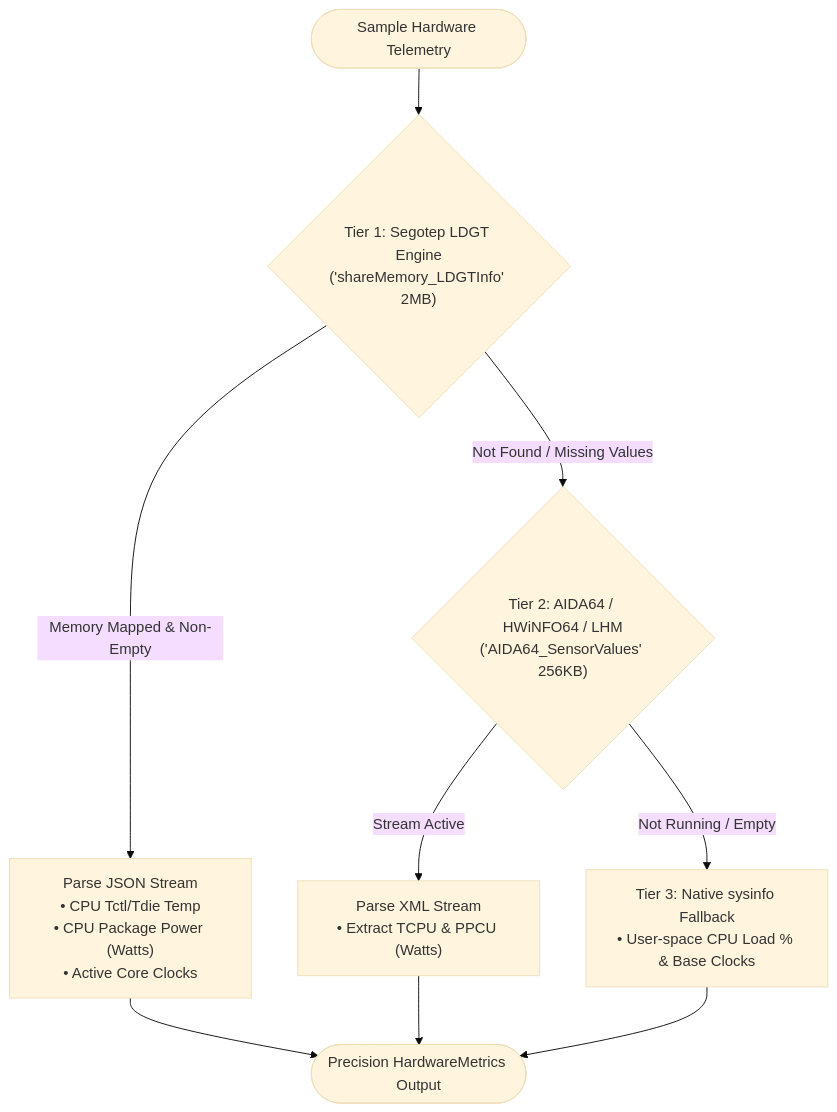
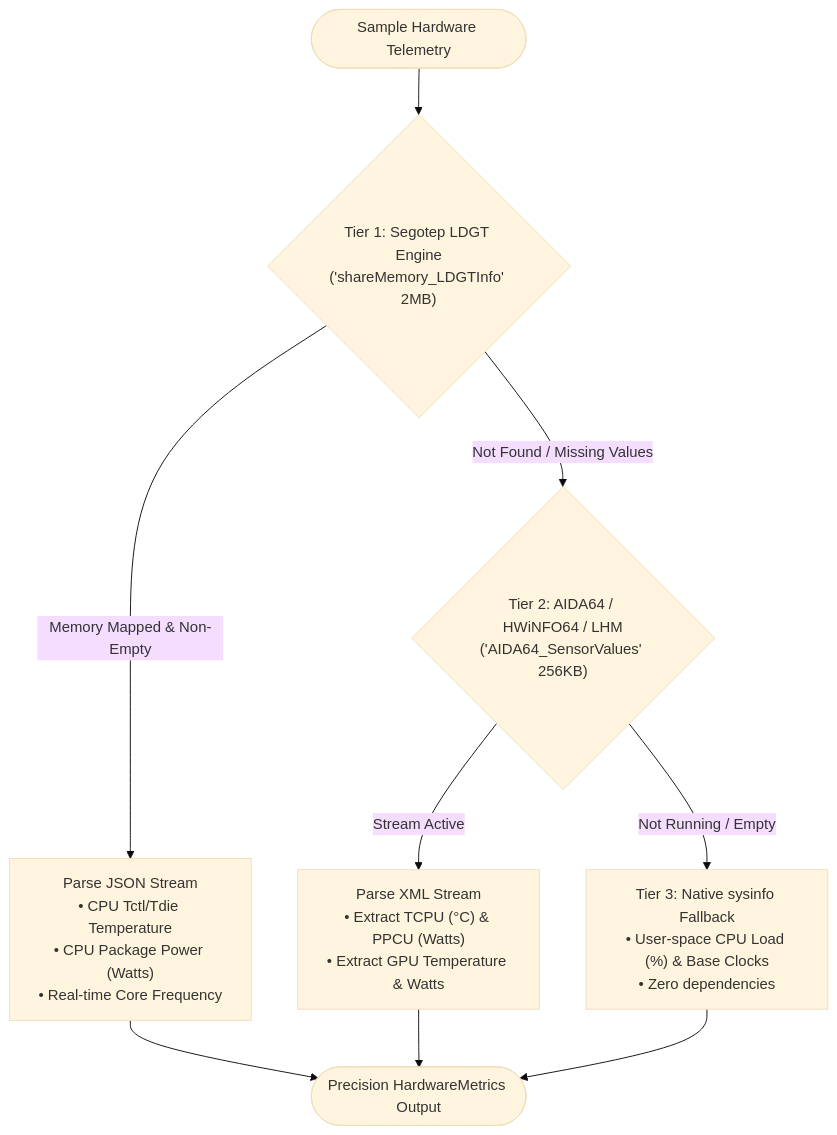
The fifth of 6 diagrams in ARCHITECTURE.md (Delnegend/segotep-digital), drawn with Mermaid (base theme) before and after one commit. The commit also changed other lines of this file, not shown here.

Commit message:
docs: enrich ARCHITECTURE.md diagrams with detailed text descriptions

````diff
--- a/ARCHITECTURE.md
+++ b/ARCHITECTURE.md
@@ -145,15 +167,15 @@
 ```mermaid
 flowchart TD
     SAMPLE(["Sample Hardware Telemetry"]) --> TIER1{"Tier 1: Segotep LDGT Engine<br/>('shareMemory_LDGTInfo' 2MB)"}
 
-    TIER1 -->|Memory Mapped & Non-Empty| PARSE_JSON["Parse JSON Stream<br/>• CPU Tctl/Tdie Temp<br/>• CPU Package Power (Watts)<br/>• Active Core Clocks"]
+    TIER1 -->|Memory Mapped & Non-Empty| PARSE_JSON["Parse JSON Stream<br/>• CPU Tctl/Tdie Temperature<br/>• CPU Package Power (Watts)<br/>• Real-time Core Frequency"]
     TIER1 -->|Not Found / Missing Values| TIER2{"Tier 2: AIDA64 / HWiNFO64 / LHM<br/>('AIDA64_SensorValues' 256KB)"}
 
     PARSE_JSON --> EMIT(["Precision HardwareMetrics Output"])
 
-    TIER2 -->|Stream Active| PARSE_XML["Parse XML Stream<br/>• Extract TCPU & PPCU (Watts)"]
-    TIER2 -->|Not Running / Empty| TIER3["Tier 3: Native sysinfo Fallback<br/>• User-space CPU Load % & Base Clocks"]
+    TIER2 -->|Stream Active| PARSE_XML["Parse XML Stream<br/>• Extract TCPU (°C) & PPCU (Watts)<br/>• Extract GPU Temperature & Watts"]
+    TIER2 -->|Not Running / Empty| TIER3["Tier 3: Native sysinfo Fallback<br/>• User-space CPU Load (%) & Base Clocks<br/>• Zero dependencies"]
 
     PARSE_XML --> EMIT
     TIER3 --> EMIT
 ```
````
